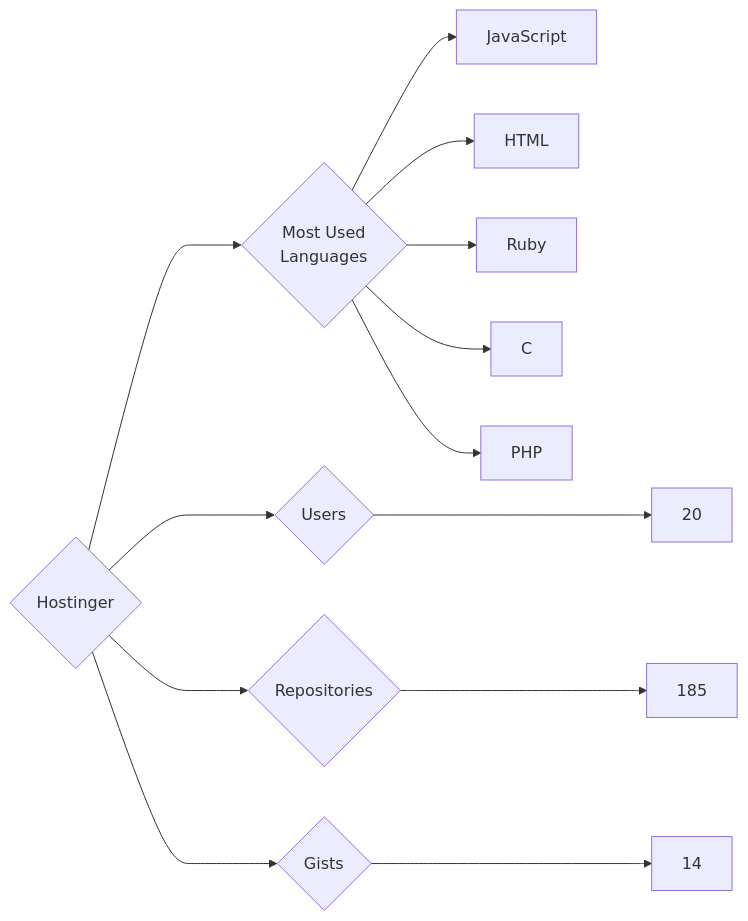
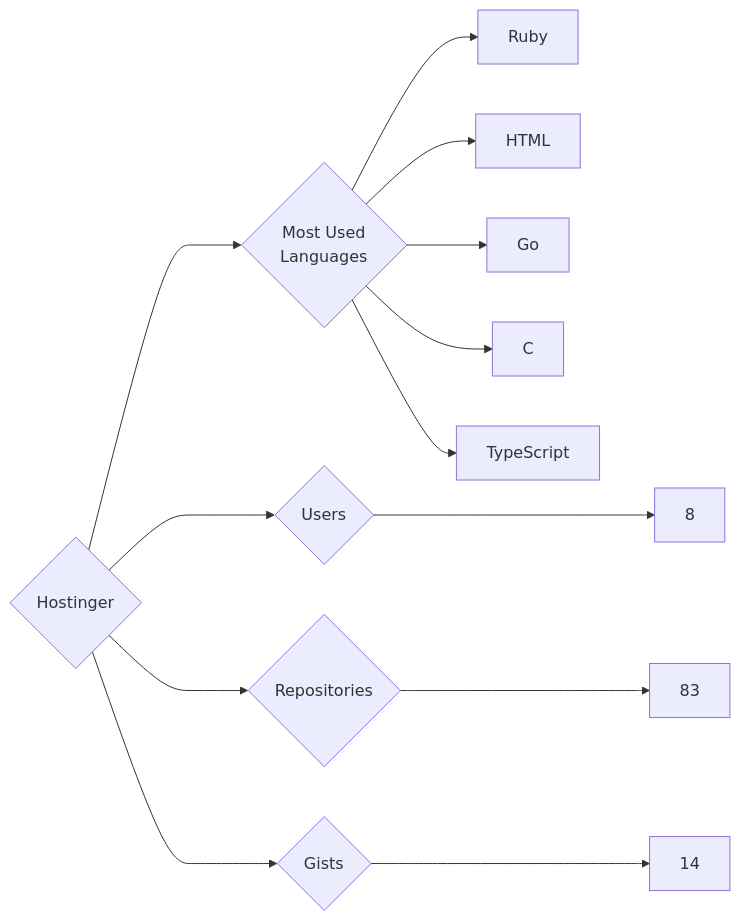
Before and after one commit to trickest/insiders: the diagram in targets/Hostinger/README.md, drawn with Mermaid. The commit also changed 874 other files, not shown here.

````diff
--- a/targets/Hostinger/README.md
+++ b/targets/Hostinger/README.md
@@ -3,13 +3,13 @@
 ```mermaid
 graph LR
 COMPANY_NAME{Hostinger}
-COMPANY_NAME ---> U{Users} ---> UN[20]
-COMPANY_NAME ---> R{Repositories} ---> RN[185]
+COMPANY_NAME ---> U{Users} ---> UN[8]
+COMPANY_NAME ---> R{Repositories} ---> RN[83]
 COMPANY_NAME ---> G{Gists} ---> GN[14]
 COMPANY_NAME ---> ML{Most Used<br>Languages}
-ML --> JavaScript[JavaScript]
+ML --> Ruby[Ruby]
 ML --> HTML[HTML]
-ML --> Ruby[Ruby]
+ML --> Go[Go]
 ML --> C[C]
-ML --> PHP[PHP]
+ML --> TypeScript[TypeScript]
 ```
````
